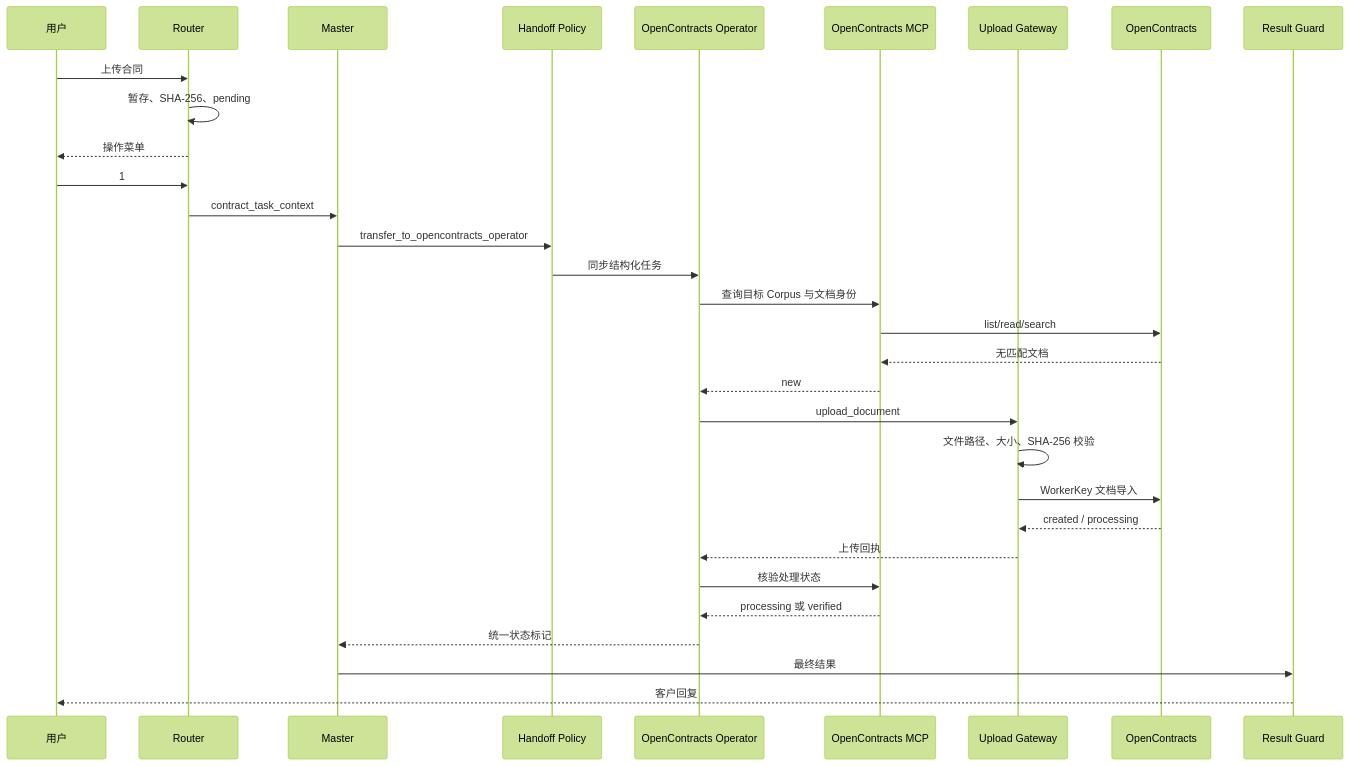
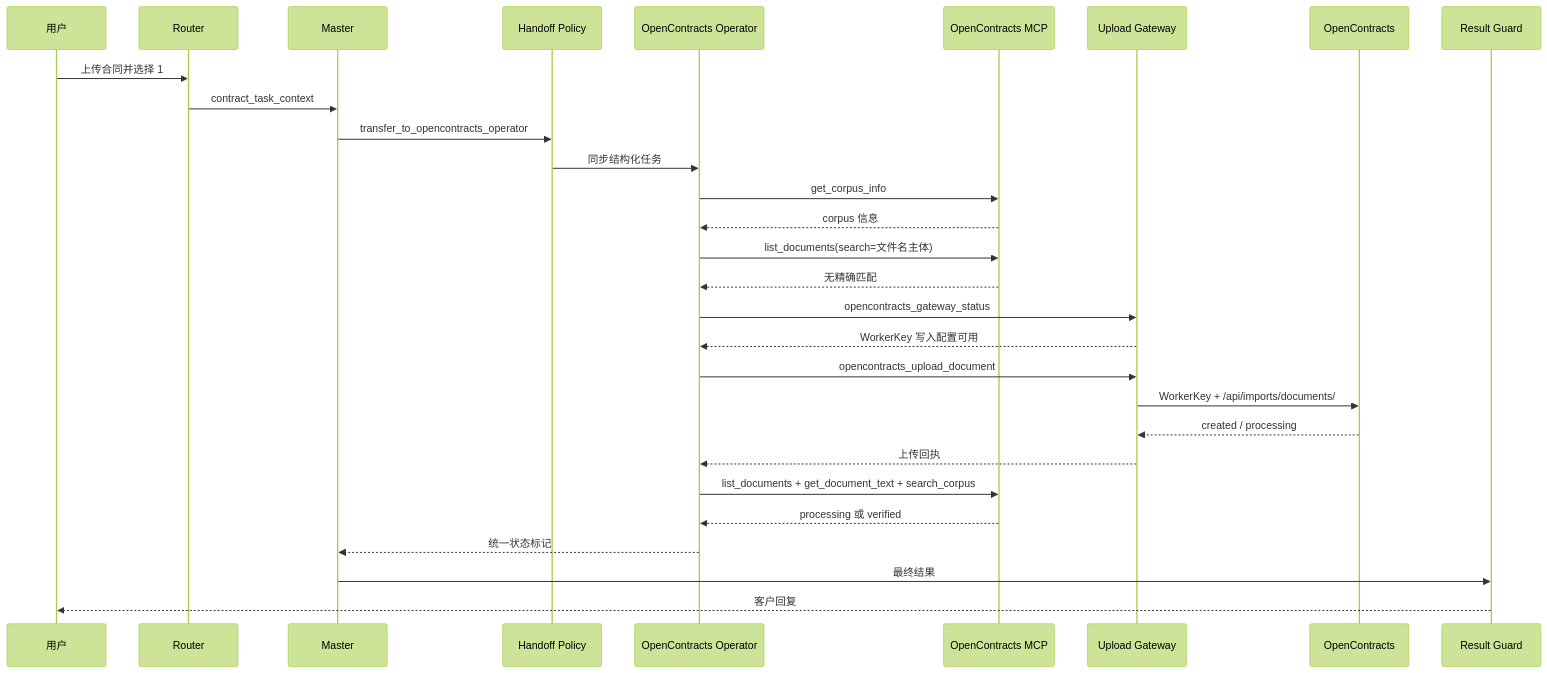
One commit to Ri0n72Y/ContractBotConfig changed the first of 4 diagrams in docs/architecture/upload-sequence.md. Above: the diagram before and after it, drawn with Mermaid (forest theme). The commit also changed other lines of this file and 43 other files, not shown here.

Commit message:
phase2: move OpenContracts reads to MCP and split upload gateway

````diff
--- a/docs/architecture/upload-sequence.md
+++ b/docs/architecture/upload-sequence.md
@@ -5,34 +5,32 @@
 ```mermaid
 sequenceDiagram
     participant U as 用户
     participant R as Router
     participant M as Master
     participant H as Handoff Policy
     participant O as OpenContracts Operator
     participant MCP as OpenContracts MCP
     participant G as Upload Gateway
     participant OC as OpenContracts
     participant RG as Result Guard
 
-    U->>R: 上传合同
-    R->>R: 暂存、SHA-256、pending
-    R-->>U: 操作菜单
-    U->>R: 1
+    U->>R: 上传合同并选择 1
     R->>M: contract_task_context
     M->>H: transfer_to_opencontracts_operator
     H->>O: 同步结构化任务
-    O->>MCP: 查询目标 Corpus 与文档身份
-    MCP->>OC: list/read/search
-    OC-->>MCP: 无匹配文档
-    MCP-->>O: new
-    O->>G: upload_document
-    G->>G: 文件路径、大小、SHA-256 校验
-    G->>OC: WorkerKey 文档导入
+    O->>MCP: get_corpus_info
+    MCP-->>O: corpus 信息
+    O->>MCP: list_documents(search=文件名主体)
+    MCP-->>O: 无精确匹配
+    O->>G: opencontracts_gateway_status
+    G-->>O: WorkerKey 写入配置可用
+    O->>G: opencontracts_upload_document
+    G->>OC: WorkerKey + /api/imports/documents/
     OC-->>G: created / processing
     G-->>O: 上传回执
-    O->>MCP: 核验处理状态
+    O->>MCP: list_documents + get_document_text + search_corpus
     MCP-->>O: processing 或 verified
     O-->>M: 统一状态标记
     M->>RG: 最终结果
     RG-->>U: 客户回复
 ```
````
